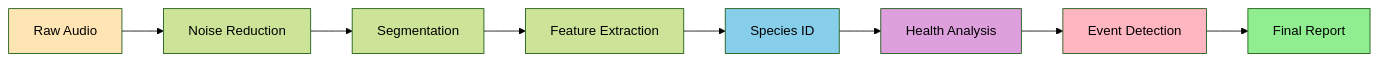
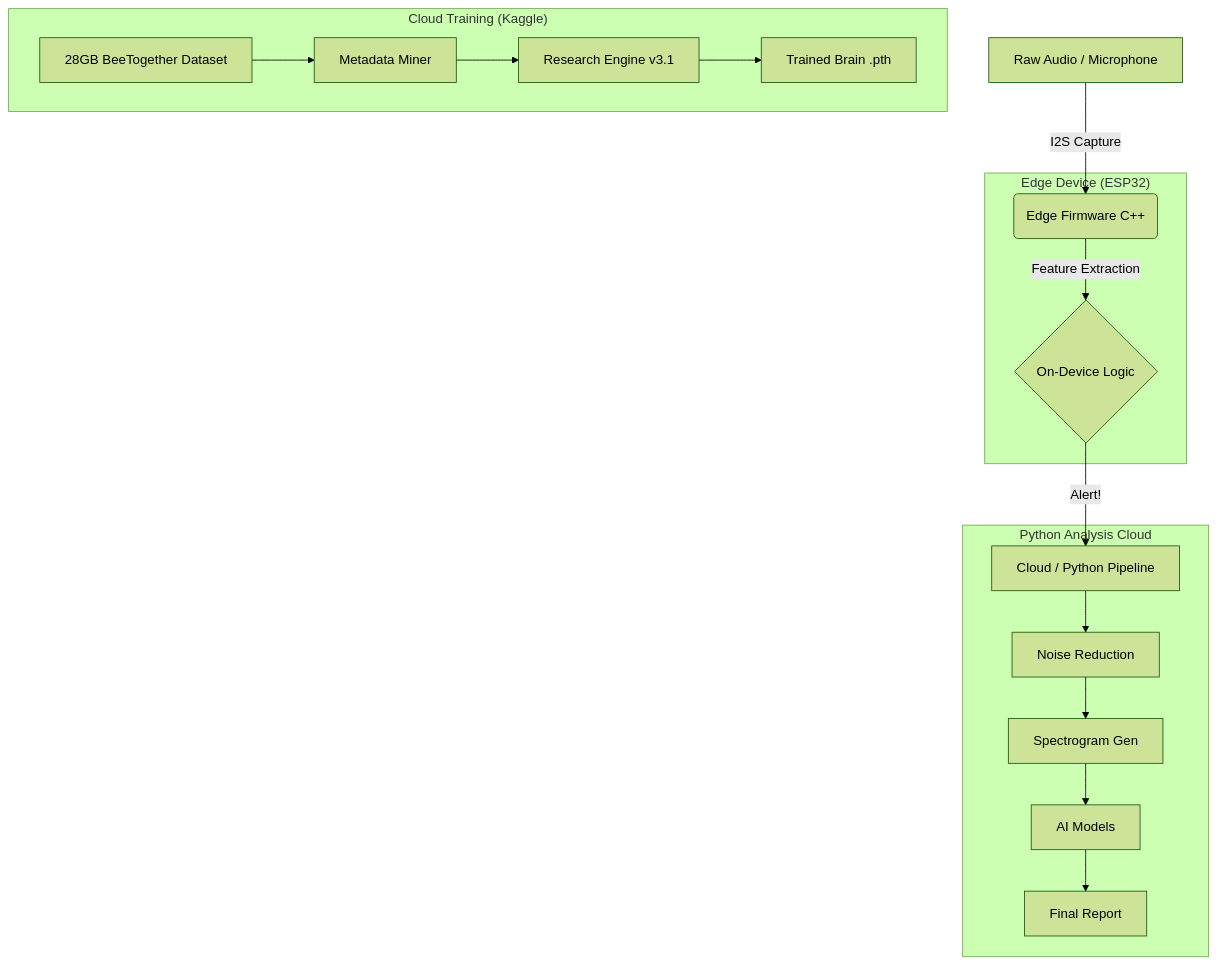
Before and after one commit to nduva15/BEE-SOUND-ANALYSIS: the diagram in README.md, drawn with Mermaid (forest theme). The commit also changed other lines of this file, not shown here.

Commit message:
docs: Update README with Cloud Training milestones and Research-Grade AI metrics

````diff
--- a/README.md
+++ b/README.md
@@ -46,16 +62,24 @@
 ```mermaid
-graph LR
-    A[Raw Audio] --> B[Noise Reduction]
-    B --> C[Segmentation]
-    C --> D[Feature Extraction]
-    D --> E[Species ID]
-    E --> F[Health Analysis]
-    F --> G[Event Detection]
+graph TD
+    A[Raw Audio / Microphone] -->|I2S Capture| B(Edge Firmware C++)
+    B -->|Feature Extraction| C{On-Device Logic}
+    C -->|Alert!| D[Cloud / Python Pipeline]
+    
+    subgraph "Edge Device (ESP32)"
+    B
+    C
+    end
+    
+    subgraph "Cloud Training (Kaggle)"
+    Z[28GB BeeTogether Dataset] --> Y[Metadata Miner]
+    Y --> X[Research Engine v3.1]
+    X --> W[Trained Brain .pth]
+    end
+
+    subgraph "Python Analysis Cloud"
+    D --> E[Noise Reduction]
+    E --> F[Spectrogram Gen]
+    F --> G[AI Models]
     G --> H[Final Report]
-    
-    style A fill:#FFE5B4
-    style H fill:#90EE90
-    style E fill:#87CEEB
-    style F fill:#DDA0DD
-    style G fill:#FFB6C1
+    end
 ```
````
